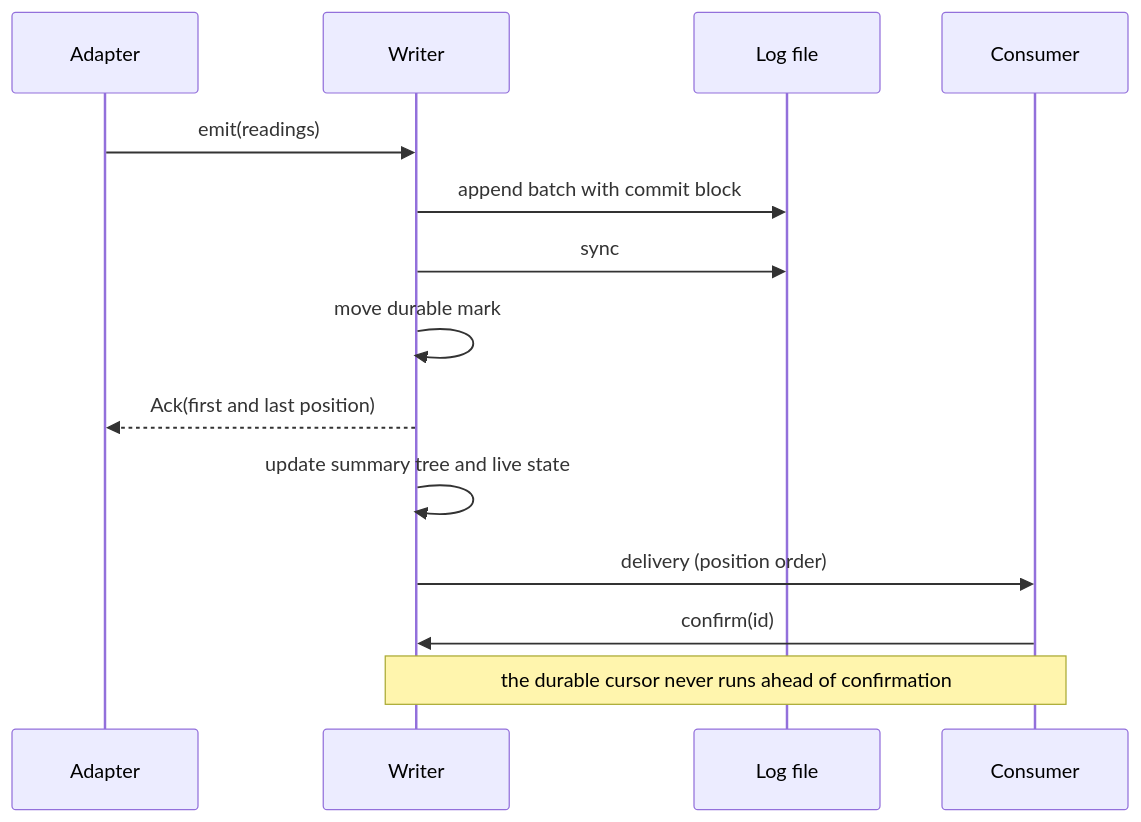
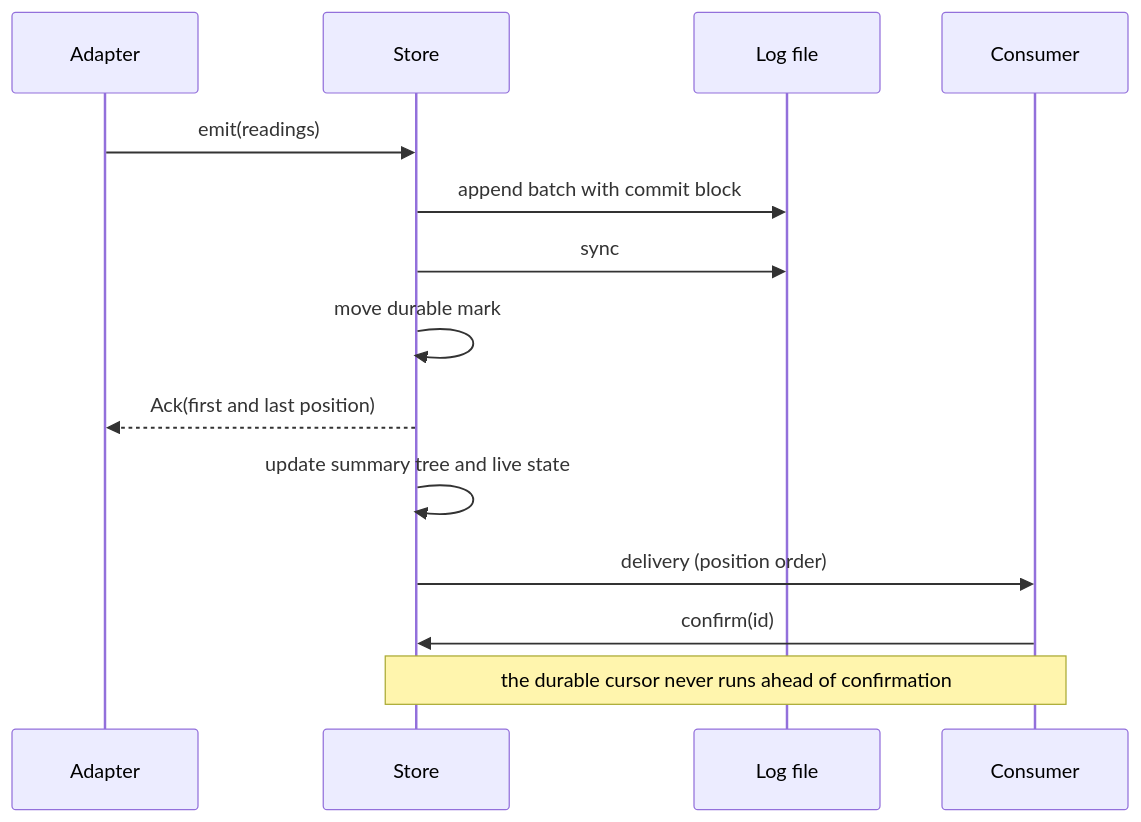
One commit to hugsmid/kvik changed the second of 3 diagrams in README.md. Above: the diagram before and after it, drawn with Mermaid. The commit also changed other lines of this file, not shown here.

````diff
--- a/README.md
+++ b/README.md
@@ -76,16 +84,16 @@
 ```mermaid
 sequenceDiagram
     participant A as Adapter
-    participant W as Writer
+    participant W as Store
     participant F as Log file
     participant C as Consumer
     A->>W: emit(readings)
     W->>F: append batch with commit block
     W->>F: sync
     W->>W: move durable mark
     W-->>A: Ack(first and last position)
     W->>W: update summary tree and live state
     W->>C: delivery (position order)
     C->>W: confirm(id)
     Note over C,W: the durable cursor never runs ahead of confirmation
 ```
````
